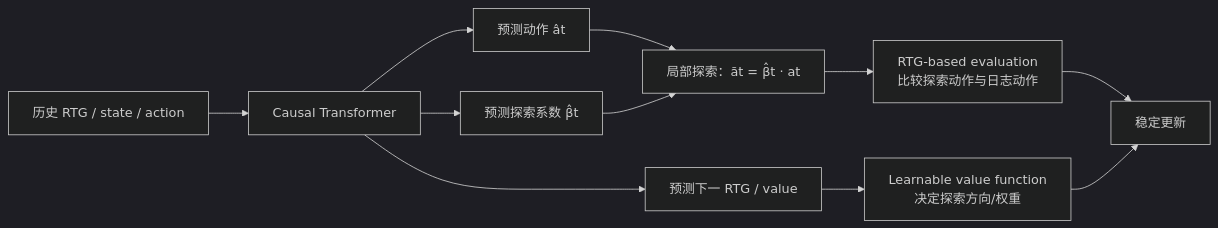
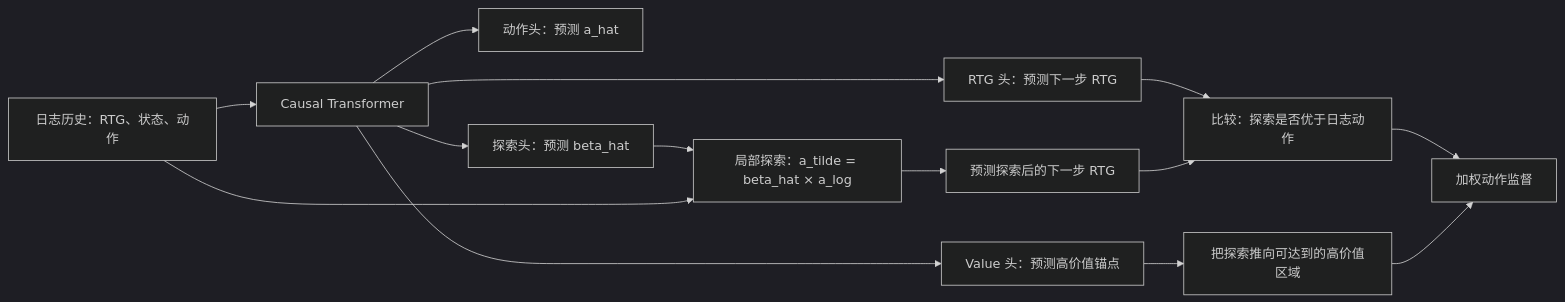
Before and after one commit to m17858052891-kk/obsidiankeke: the diagram in 端到端建模/自动出价论文精读/03_GAVE：怎样超过历史次优轨迹.md, drawn with Mermaid (dark theme). The commit also changed other lines of this file and 57 other files, not shown here.

````diff
--- a/端到端建模/自动出价论文精读/03_GAVE：怎样超过历史次优轨迹.md
+++ b/端到端建模/自动出价论文精读/03_GAVE：怎样超过历史次优轨迹.md
@@ -36,13 +264,16 @@
 ```mermaid
 flowchart LR
-    A["历史 RTG / state / action"] --> B["Causal Transformer"]
-    B --> C["预测动作 ât"]
-    B --> D["预测探索系数 β̂t"]
-    B --> E["预测下一 RTG / value"]
-    C --> F["局部探索：ãt = β̂t · at"]
-    D --> F
-    F --> G["RTG-based evaluation\n比较探索动作与日志动作"]
-    E --> H["Learnable value function\n决定探索方向/权重"]
-    G --> I["稳定更新"]
+    A["日志历史：RTG、状态、动作"] --> B["Causal Transformer"]
+    B --> C["动作头：预测 a_hat"]
+    B --> D["探索头：预测 beta_hat"]
+    B --> E["RTG 头：预测下一步 RTG"]
+    B --> F["Value 头：预测高价值锚点"]
+    D --> G["局部探索：a_tilde = beta_hat × a_log"]
+    A --> G
+    G --> H["预测探索后的下一步 RTG"]
+    E --> I["比较：探索是否优于日志动作"]
     H --> I
+    F --> J["把探索推向可达到的高价值区域"]
+    I --> K["加权动作监督"]
+    J --> K
 ```
````
